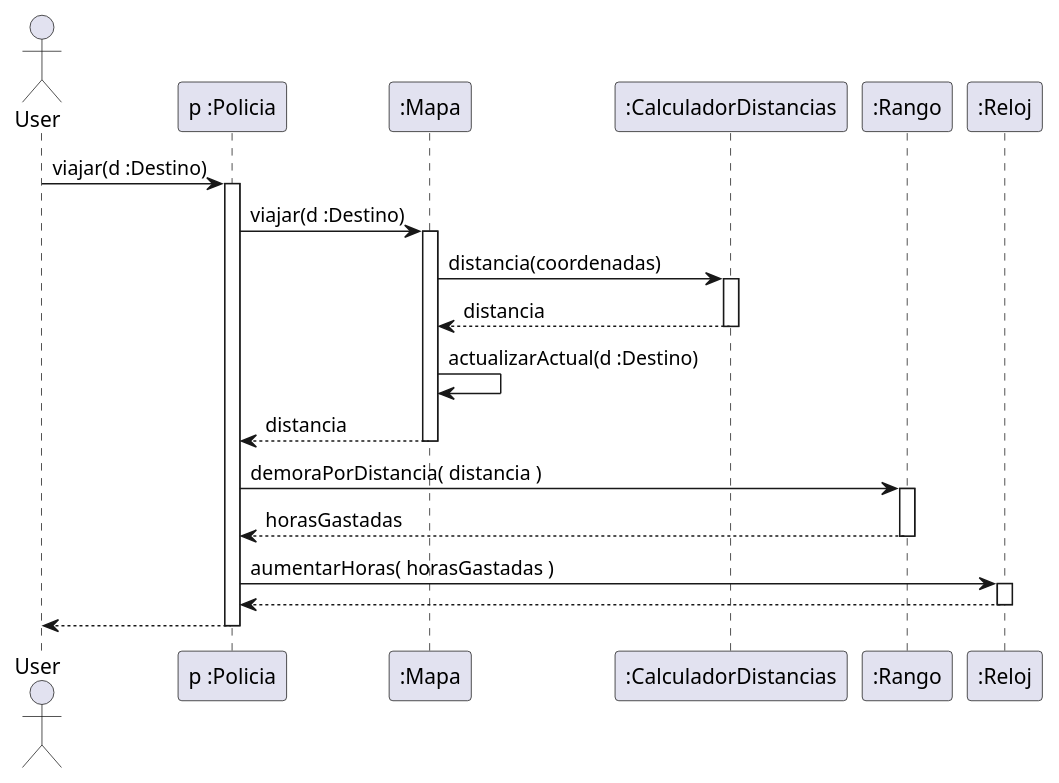
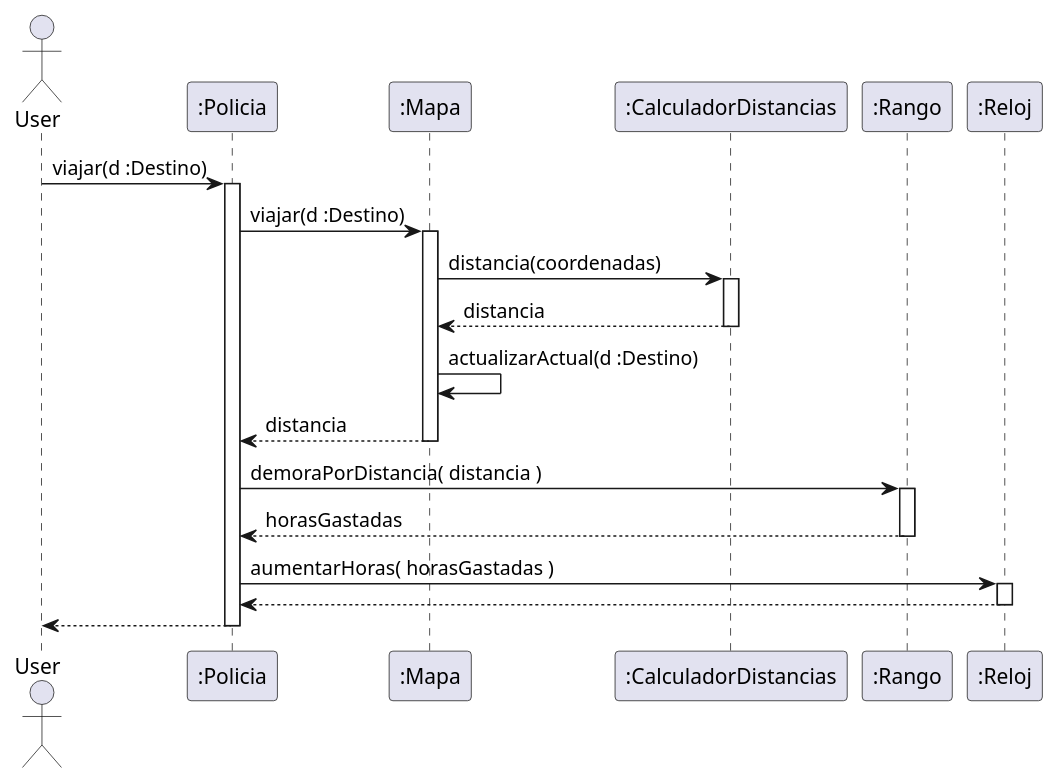
One commit to Nicolas-Bravo/algo3_tp2 changed the diagram in diagrams/sequences/viajarDestinoSecuencia.plantuml. Above: the diagram before and after it, drawn with PlantUML. The commit also changed 8 other files, not shown here.

Commit message:
Diagramas Secuencia v3

```diff
--- a/diagrams/sequences/viajarDestinoSecuencia.plantuml
+++ b/diagrams/sequences/viajarDestinoSecuencia.plantuml
@@ -1,37 +1,37 @@
 @startuml
 
 Actor User
 
-User -> "p :Policia" : viajar(d :Destino)
-Activate "p :Policia"
+User -> ":Policia" : viajar(d :Destino)
+Activate ":Policia"
 
-"p :Policia" -> ":Mapa" : viajar(d :Destino)
+":Policia" -> ":Mapa" : viajar(d :Destino)
 activate ":Mapa"
 
 ":Mapa" -> ":CalculadorDistancias" : distancia(coordenadas)
 activate ":CalculadorDistancias"
 
 ":CalculadorDistancias" --> ":Mapa" : distancia
 deactivate ":CalculadorDistancias"
 
 ":Mapa" -> ":Mapa" : actualizarActual(d :Destino)
 
-":Mapa" --> "p :Policia" : distancia
+":Mapa" --> ":Policia" : distancia
 deactivate ":Mapa"
 
-"p :Policia" -> ":Rango" : demoraPorDistancia( distancia )
+":Policia" -> ":Rango" : demoraPorDistancia( distancia )
 activate ":Rango"
 
-":Rango" --> "p :Policia" : horasGastadas
+":Rango" --> ":Policia" : horasGastadas
 deactivate ":Rango"
 
-"p :Policia" -> ":Reloj" : aumentarHoras( horasGastadas )
+":Policia" -> ":Reloj" : aumentarHoras( horasGastadas )
 activate ":Reloj"
 
-":Reloj" --> "p :Policia"
+":Reloj" --> ":Policia"
 deactivate ":Reloj"
 
-"p :Policia" --> User
-deactivate "p :Policia"
+":Policia" --> User
+deactivate ":Policia"
 
 @enduml
```
